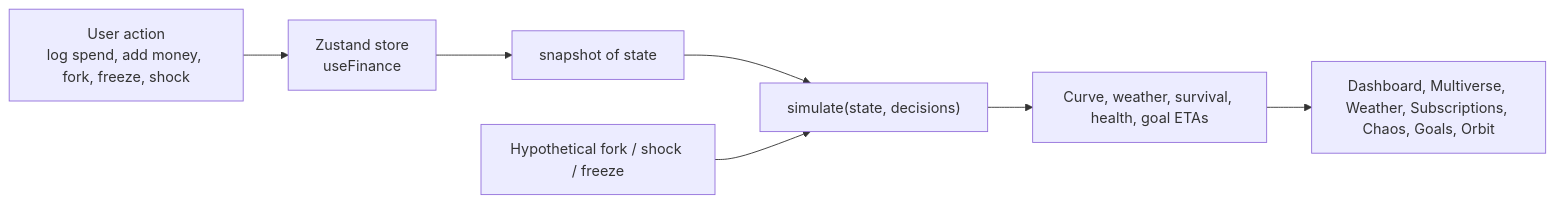
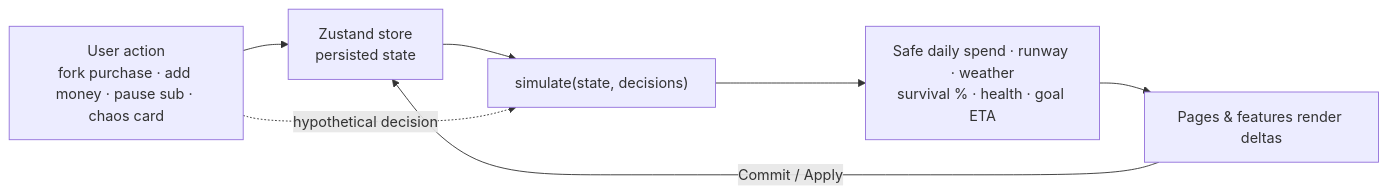
Before and after one commit to hrx0508/After10: the diagram in README.md, drawn with Mermaid. The commit also changed other lines of this file and 73 other files, not shown here.

````diff
--- a/README.md
+++ b/README.md
@@ -67,9 +90,9 @@
 ```mermaid
 flowchart LR
-  A[User action<br/>log spend, add money, fork, freeze, shock] --> B[Zustand store<br/>useFinance]
-  B --> C[snapshot of state]
-  C --> D["simulate(state, decisions)"]
-  H[Hypothetical fork / shock / freeze] --> D
-  D --> E[Curve, weather, survival, health, goal ETAs]
-  E --> F[Dashboard, Multiverse, Weather, Subscriptions, Chaos, Goals, Orbit]
+  A[User action<br/>fork purchase · add money · pause sub · chaos card] --> B[Zustand store<br/>persisted state]
+  B --> C["simulate(state, decisions)"]
+  A -. hypothetical decision .-> C
+  C --> D[Safe daily spend · runway · weather<br/>survival % · health · goal ETA]
+  D --> E[Pages & features render deltas]
+  E -->|Commit / Apply| B
 ```
````
